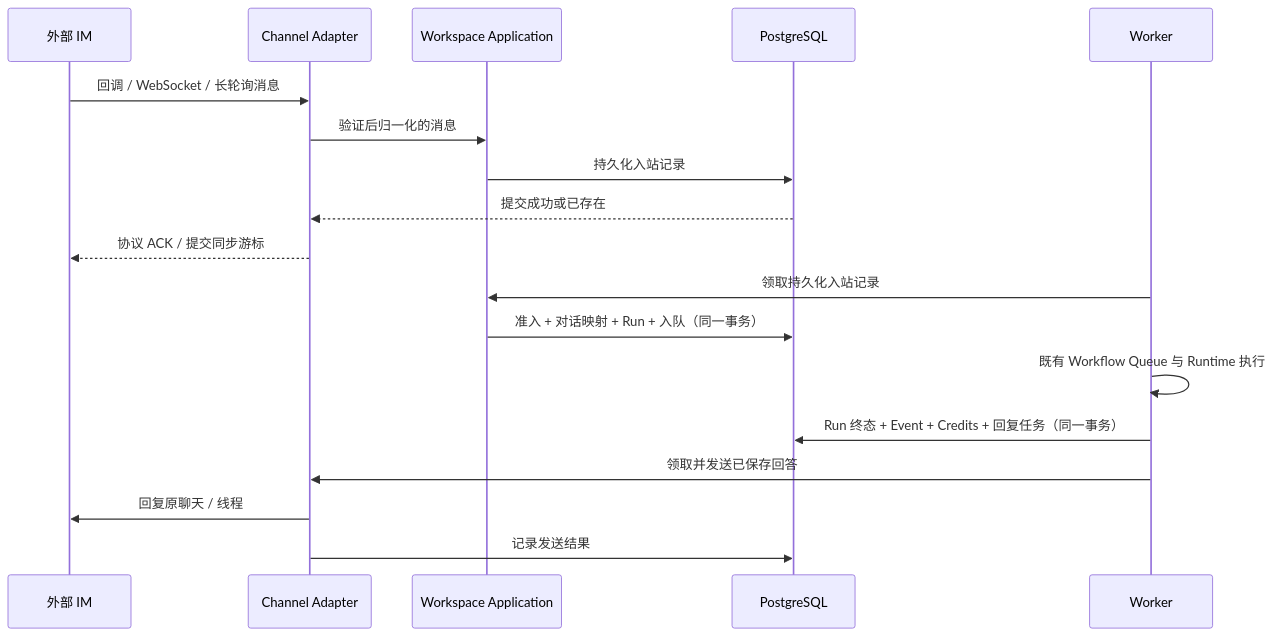
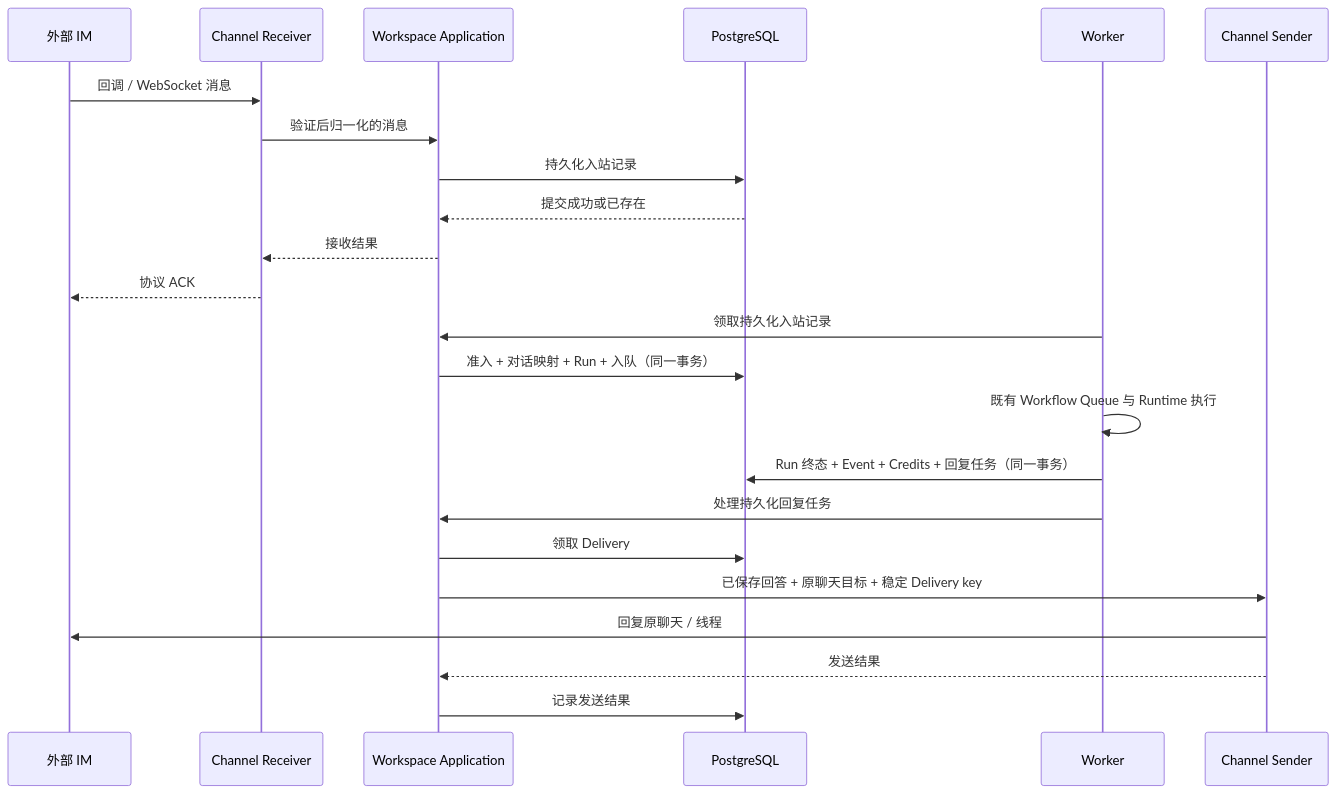
The diagram in docs/technical/workflow-message-channels.md (owl-go/agent-platform), drawn with Mermaid before and after one commit. The commit also changed other lines of this file and 15 other files, not shown here.

````diff
--- a/docs/technical/workflow-message-channels.md
+++ b/docs/technical/workflow-message-channels.md
@@ -26,20 +26,25 @@
 ```mermaid
 sequenceDiagram
     participant IM as 外部 IM
-    participant Adapter as Channel Adapter
+    participant Receiver as Channel Receiver
     participant App as Workspace Application
     participant DB as PostgreSQL
     participant Worker as Worker
-    IM->>Adapter: 回调 / WebSocket / 长轮询消息
-    Adapter->>App: 验证后归一化的消息
+    participant Sender as Channel Sender
+    IM->>Receiver: 回调 / WebSocket 消息
+    Receiver->>App: 验证后归一化的消息
     App->>DB: 持久化入站记录
-    DB-->>Adapter: 提交成功或已存在
-    Adapter-->>IM: 协议 ACK / 提交同步游标
+    DB-->>App: 提交成功或已存在
+    App-->>Receiver: 接收结果
+    Receiver-->>IM: 协议 ACK
     Worker->>App: 领取持久化入站记录
     App->>DB: 准入 + 对话映射 + Run + 入队（同一事务）
     Worker->>Worker: 既有 Workflow Queue 与 Runtime 执行
     Worker->>DB: Run 终态 + Event + Credits + 回复任务（同一事务）
-    Worker->>Adapter: 领取并发送已保存回答
-    Adapter->>IM: 回复原聊天 / 线程
-    Adapter->>DB: 记录发送结果
+    Worker->>App: 处理持久化回复任务
+    App->>DB: 领取 Delivery
+    App->>Sender: 已保存回答 + 原聊天目标 + 稳定 Delivery key
+    Sender->>IM: 回复原聊天 / 线程
+    Sender-->>App: 发送结果
+    App->>DB: 记录发送结果
 ```
````
